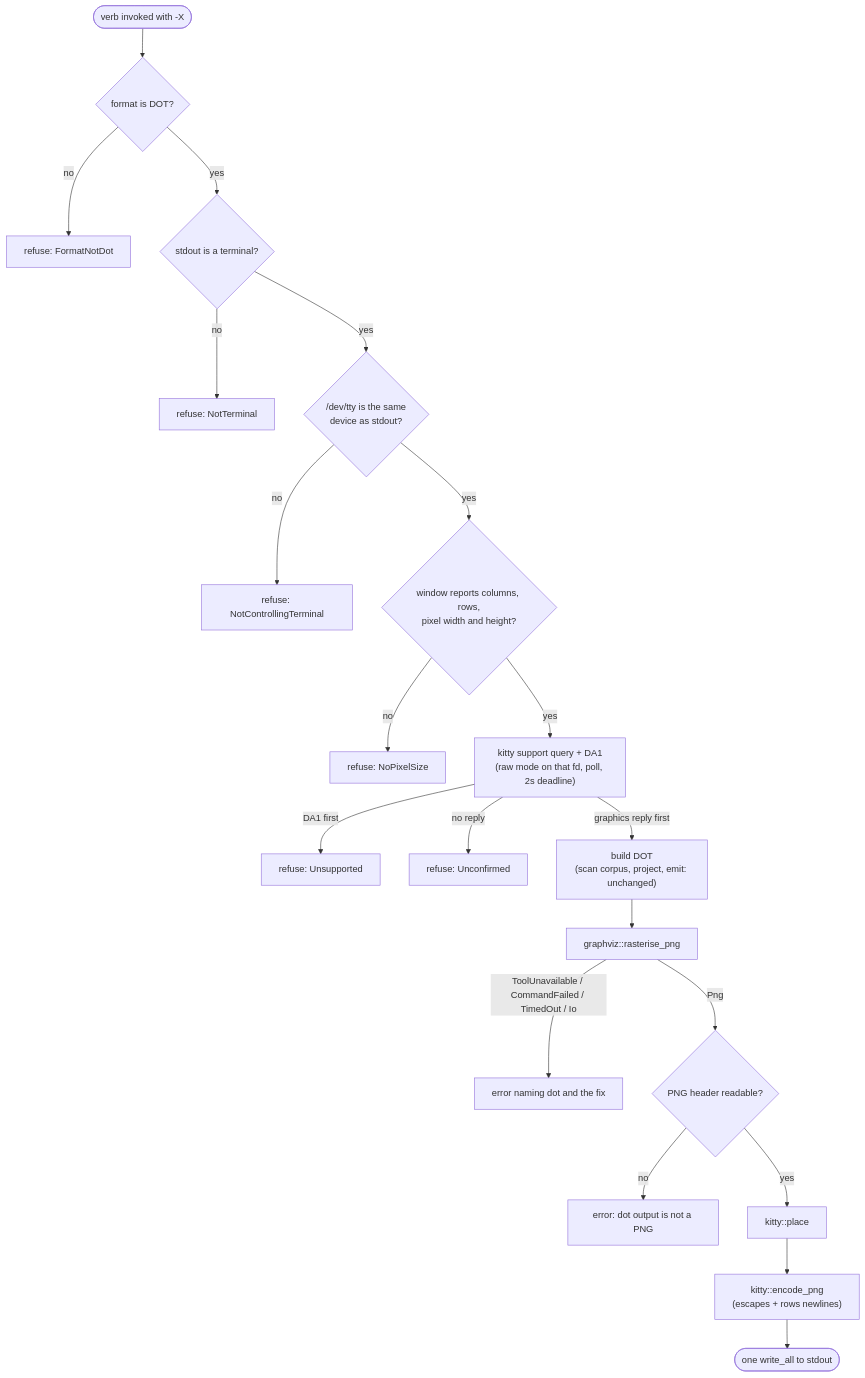
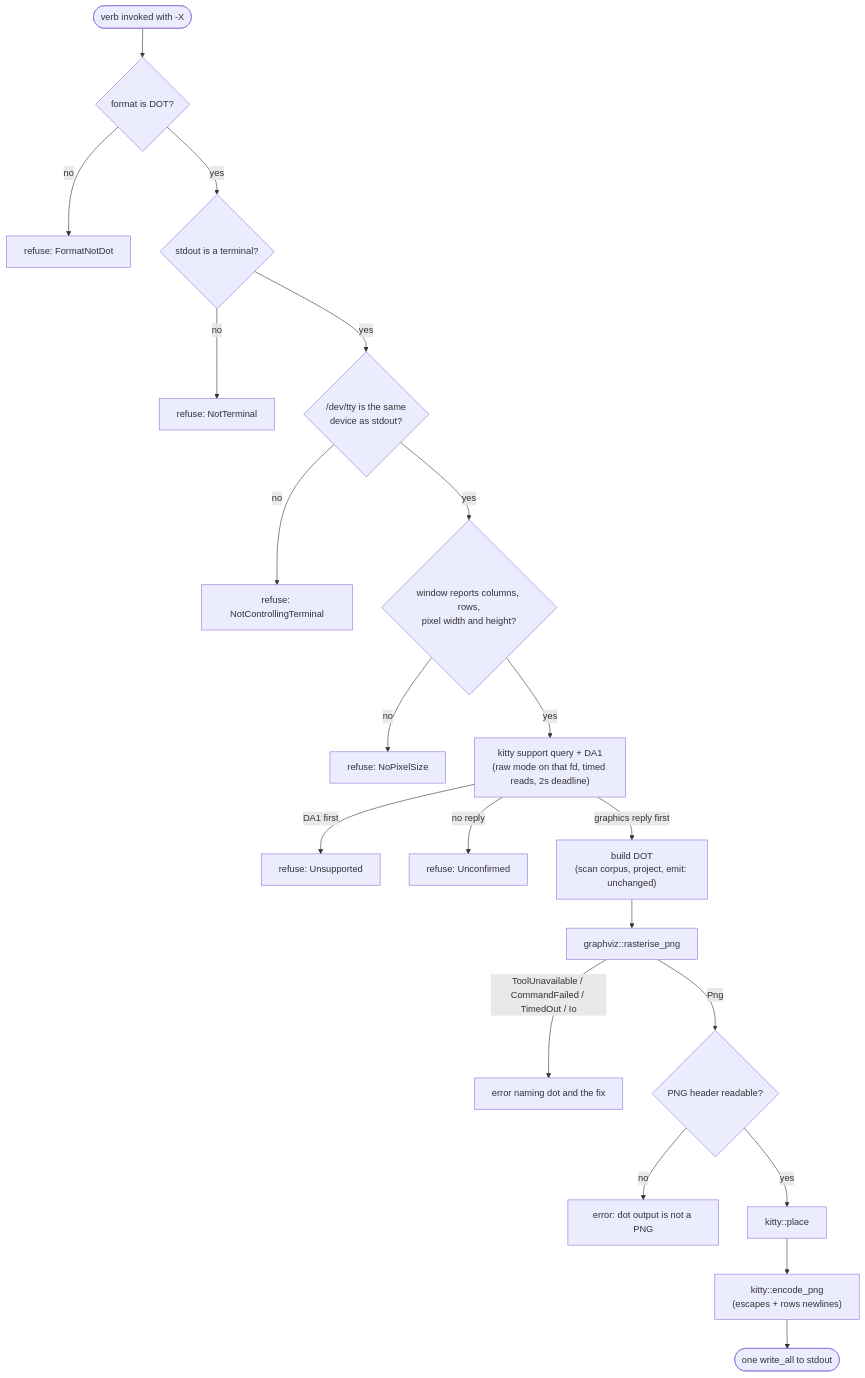
Before and after one commit to davidlee/doctrine: the second of 2 diagrams in .doctrine/slice/245/design.md, drawn with Mermaid. The commit also changed other lines of this file and 4 other files, not shown here.

First line of the commit message:
design(SL-245): RV-368 F-12 — termios timed reads replace poll on /dev/tty

````diff
--- a/.doctrine/slice/245/design.md
+++ b/.doctrine/slice/245/design.md
@@ -307,20 +314,20 @@
 ```mermaid
 flowchart TD
   start(["verb invoked with -X"]) --> fmt{"format is DOT?"}
   fmt -- no --> r1["refuse: FormatNotDot"]
   fmt -- yes --> tty{"stdout is a terminal?"}
   tty -- no --> r2["refuse: NotTerminal"]
   tty -- yes --> ctl{"/dev/tty is the same<br/>device as stdout?"}
   ctl -- no --> r2b["refuse: NotControllingTerminal"]
   ctl -- yes --> px{"window reports columns, rows,<br/>pixel width and height?"}
   px -- no --> r3["refuse: NoPixelSize"]
-  px -- yes --> probe["kitty support query + DA1<br/>(raw mode on that fd, poll, 2s deadline)"]
+  px -- yes --> probe["kitty support query + DA1<br/>(raw mode on that fd, timed reads, 2s deadline)"]
   probe -- "DA1 first" --> r4["refuse: Unsupported"]
   probe -- "no reply" --> r5["refuse: Unconfirmed"]
   probe -- "graphics reply first" --> build["build DOT<br/>(scan corpus, project, emit: unchanged)"]
   build --> spawn["graphviz::rasterise_png"]
   spawn -- "ToolUnavailable / CommandFailed / TimedOut / Io" --> r6["error naming dot and the fix"]
   spawn -- Png --> png{"PNG header readable?"}
   png -- no --> r7["error: dot output is not a PNG"]
   png -- yes --> place["kitty::place"] --> enc["kitty::encode_png<br/>(escapes + rows newlines)"] --> out(["one write_all to stdout"])
 ```
````
